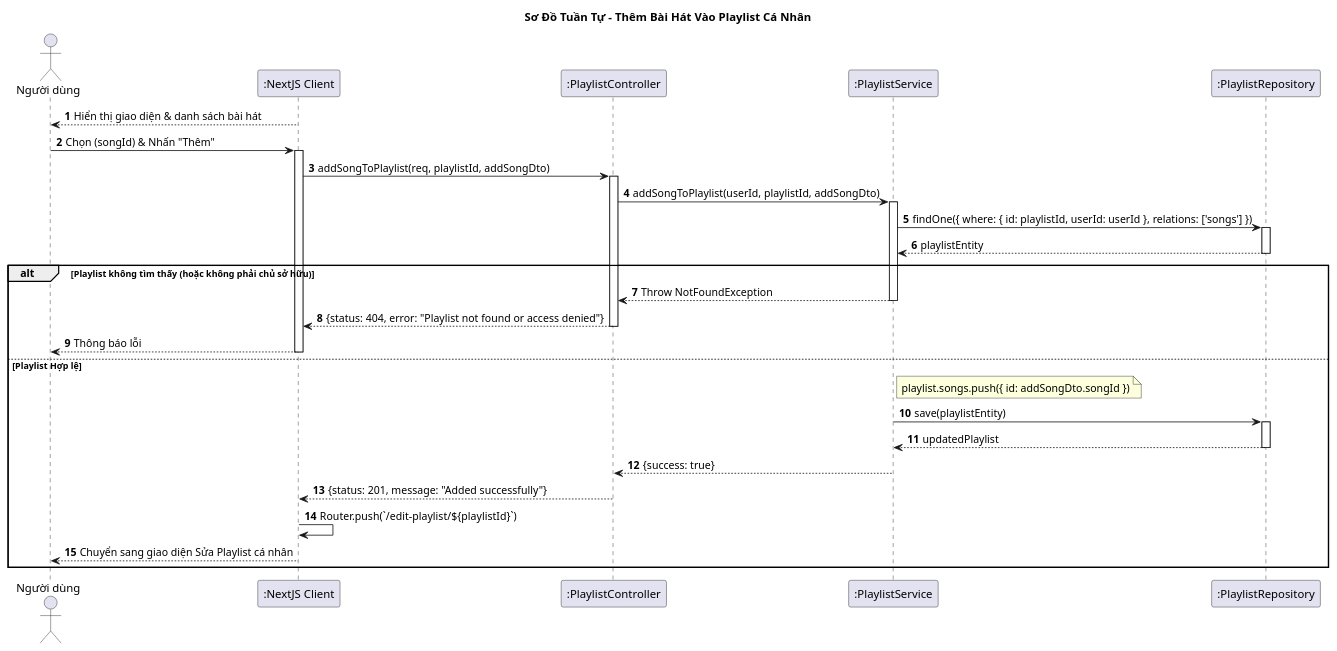
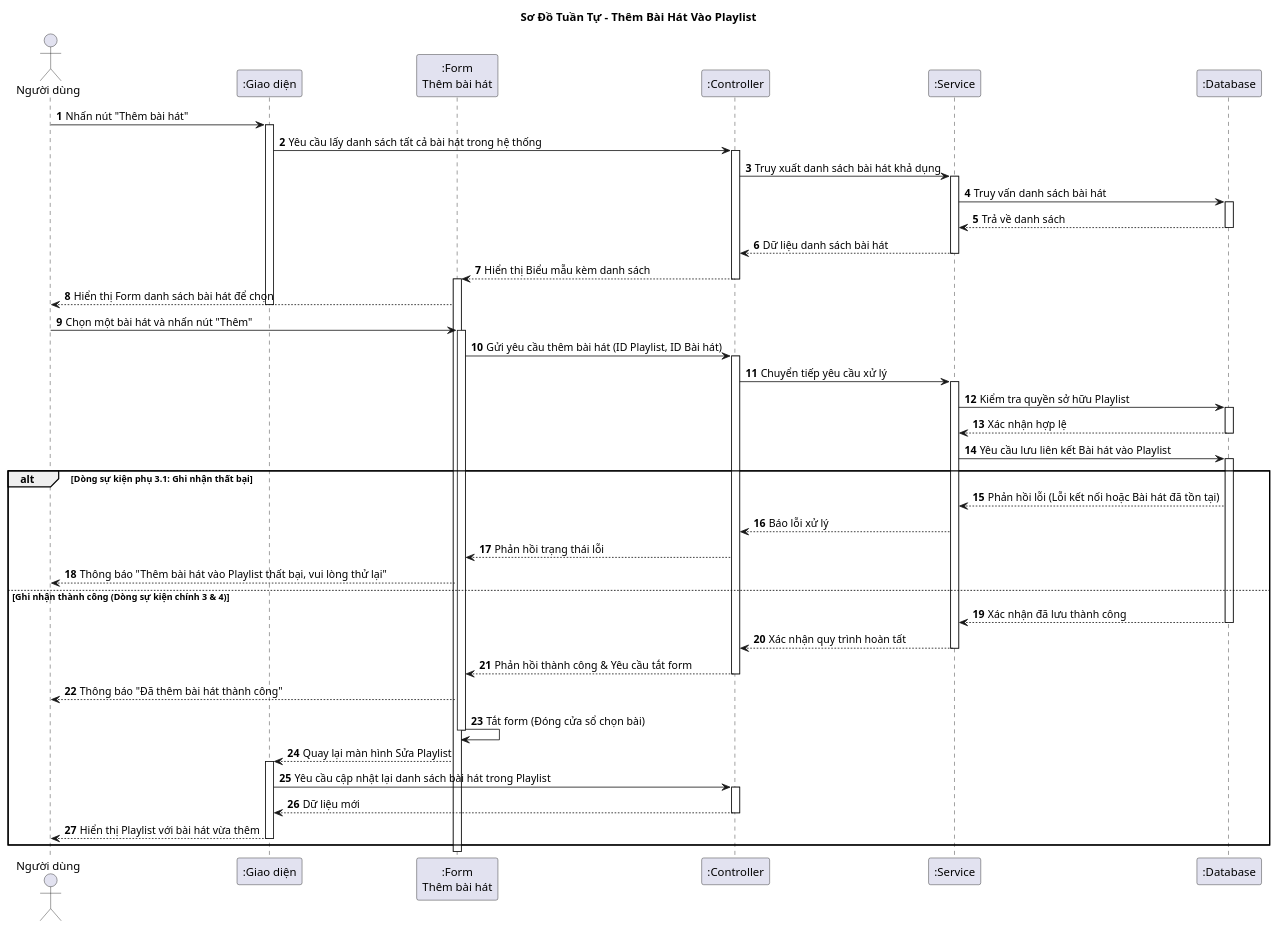
Before and after one commit to vinh047/soundwave: the diagram in Diagrams/SequenceDiagram/AddSongToPlaylistSD.plantuml, drawn with PlantUML. The commit also changed 37 other files, not shown here.

Commit message:
Sừa BFD, Usecase, Đặc tả, Sequence, Class

```diff
--- a/Diagrams/SequenceDiagram/AddSongToPlaylistSD.plantuml
+++ b/Diagrams/SequenceDiagram/AddSongToPlaylistSD.plantuml
@@ -1,67 +1,94 @@
-@startuml Sequence Diagram - Thêm Bài Hát Vào Playlist Cá Nhân
+@startuml Sequence Diagram - Thêm Bài Hát (Thông điệp)
 
-title Sơ Đồ Tuần Tự - Thêm Bài Hát Vào Playlist Cá Nhân 
+title Sơ Đồ Tuần Tự - Thêm Bài Hát Vào Playlist
 
 actor "Người dùng" as User
-participant ":NextJS Client" as UI
-participant ":PlaylistController" as Controller
-participant ":PlaylistService" as Service
-participant ":PlaylistRepository" as DB
+participant ":Giao diện" as UI_Edit
+participant ":Form\nThêm bài hát" as UI_Form
+participant ":Controller" as Controller
+participant ":Service" as Service
+participant ":Database" as DB
 
 autonumber
 
-' === BƯỚC 1: HIỂN THỊ DANH SÁCH ===
-UI --> User: Hiển thị giao diện & danh sách bài hát
+' === BƯỚC 1: HIỂN THỊ FORM (Dòng sự kiện chính 1) ===
+User -> UI_Edit: Nhấn nút "Thêm bài hát"
+activate UI_Edit
 
-' === BƯỚC 2: GỬI YÊU CẦU ===
-User -> UI: Chọn (songId) & Nhấn "Thêm"
-activate UI
-
-' Request: POST /playlists/:id/songs (Body: { songId: 123 })
-UI -> Controller: addSongToPlaylist(req, playlistId, addSongDto)
+UI_Edit -> Controller: Yêu cầu lấy danh sách tất cả bài hát trong hệ thống
 activate Controller
-
-' Lấy userId từ req.user
-Controller -> Service: addSongToPlaylist(userId, playlistId, addSongDto)
+Controller -> Service: Truy xuất danh sách bài hát khả dụng
 activate Service
 
-' === BƯỚC 3: CHECK QUYỀN SỞ HỮU & LẤY PLAYLIST ===
-' Tìm playlist của user này để đảm bảo quyền sở hữu (Owner Check)
-Service -> DB: findOne({ where: { id: playlistId, userId: userId }, relations: ['songs'] })
+Service -> DB: Truy vấn danh sách bài hát
 activate DB
-DB --> Service: playlistEntity
+DB --> Service: Trả về danh sách
 deactivate DB
 
-alt Playlist không tìm thấy (hoặc không phải chủ sở hữu)
-    Service --> Controller: Throw NotFoundException
+Service --> Controller: Dữ liệu danh sách bài hát
+deactivate Service
+Controller --> UI_Form: Hiển thị Biểu mẫu kèm danh sách
+deactivate Controller
+activate UI_Form
+
+UI_Form --> User: Hiển thị Form danh sách bài hát để chọn
+deactivate UI_Edit
+
+' === BƯỚC 2: NGƯỜI DÙNG CHỌN VÀ THÊM (Dòng sự kiện chính 2) ===
+User -> UI_Form: Chọn một bài hát và nhấn nút "Thêm"
+activate UI_Form
+
+UI_Form -> Controller: Gửi yêu cầu thêm bài hát (ID Playlist, ID Bài hát)
+activate Controller
+Controller -> Service: Chuyển tiếp yêu cầu xử lý
+activate Service
+
+' === BƯỚC 3: GHI NHẬN VÀO CSDL (Dòng sự kiện chính 3) ===
+' (Bước kiểm tra quyền sở hữu ngầm định trong Service)
+Service -> DB: Kiểm tra quyền sở hữu Playlist
+activate DB
+DB --> Service: Xác nhận hợp lệ
+deactivate DB
+
+Service -> DB: Yêu cầu lưu liên kết Bài hát vào Playlist
+activate DB
+
+alt Dòng sự kiện phụ 3.1: Ghi nhận thất bại
+    DB --> Service: Phản hồi lỗi (Lỗi kết nối hoặc Bài hát đã tồn tại)
+    Service --> Controller: Báo lỗi xử lý
+    Controller --> UI_Form: Phản hồi trạng thái lỗi
+    
+    UI_Form --> User: Thông báo "Thêm bài hát vào Playlist thất bại, vui lòng thử lại"
+    ' (Form vẫn mở để người dùng thử lại hoặc chọn bài khác)
+
+else Ghi nhận thành công (Dòng sự kiện chính 3 & 4)
+    DB --> Service: Xác nhận đã lưu thành công
+    deactivate DB
+    
+    Service --> Controller: Xác nhận quy trình hoàn tất
     deactivate Service
-    Controller --> UI: {status: 404, error: "Playlist not found or access denied"}
+    
+    Controller --> UI_Form: Phản hồi thành công & Yêu cầu tắt form
     deactivate Controller
     
-    UI --> User: Thông báo lỗi
-    deactivate UI
+    ' === BƯỚC 4: TẮT FORM & CẬP NHẬT ===
+    UI_Form --> User: Thông báo "Đã thêm bài hát thành công"
+    
+    UI_Form -> UI_Form: Tắt form (Đóng cửa sổ chọn bài)
+    deactivate UI_Form
+    
+    UI_Form --> UI_Edit: Quay lại màn hình Sửa Playlist
+    activate UI_Edit
+    
+    ' (Tự động làm mới danh sách trong playlist)
+    UI_Edit -> Controller: Yêu cầu cập nhật lại danh sách bài hát trong Playlist
+    activate Controller
+    ' ... (Các bước tải lại dữ liệu) ...
+    Controller --> UI_Edit: Dữ liệu mới
+    deactivate Controller
 
-else Playlist Hợp lệ
-    ' === BƯỚC 4: THỰC HIỆN THÊM ===
-    ' Logic: Lấy songId từ DTO, push vào mảng songs của playlist
-    note right of Service: playlist.songs.push({ id: addSongDto.songId })
-    
-    Service -> DB: save(playlistEntity)
-    activate DB
-    DB --> Service: updatedPlaylist
-    deactivate DB
-    
-    Service --> Controller: {success: true}
-    deactivate Service
-    
-    Controller --> UI: {status: 201, message: "Added successfully"}
-    deactivate Controller
-    
-    ' === BƯỚC 5: CHUYỂN GIAO DIỆN ===
-    ' Client tự điều hướng
-    UI -> UI: Router.push(`/edit-playlist/${playlistId}`)
-    
-    UI --> User: Chuyển sang giao diện Sửa Playlist cá nhân
-    deactivate UI
+    UI_Edit --> User: Hiển thị Playlist với bài hát vừa thêm
+    deactivate UI_Edit
 end
+
 @enduml
```
